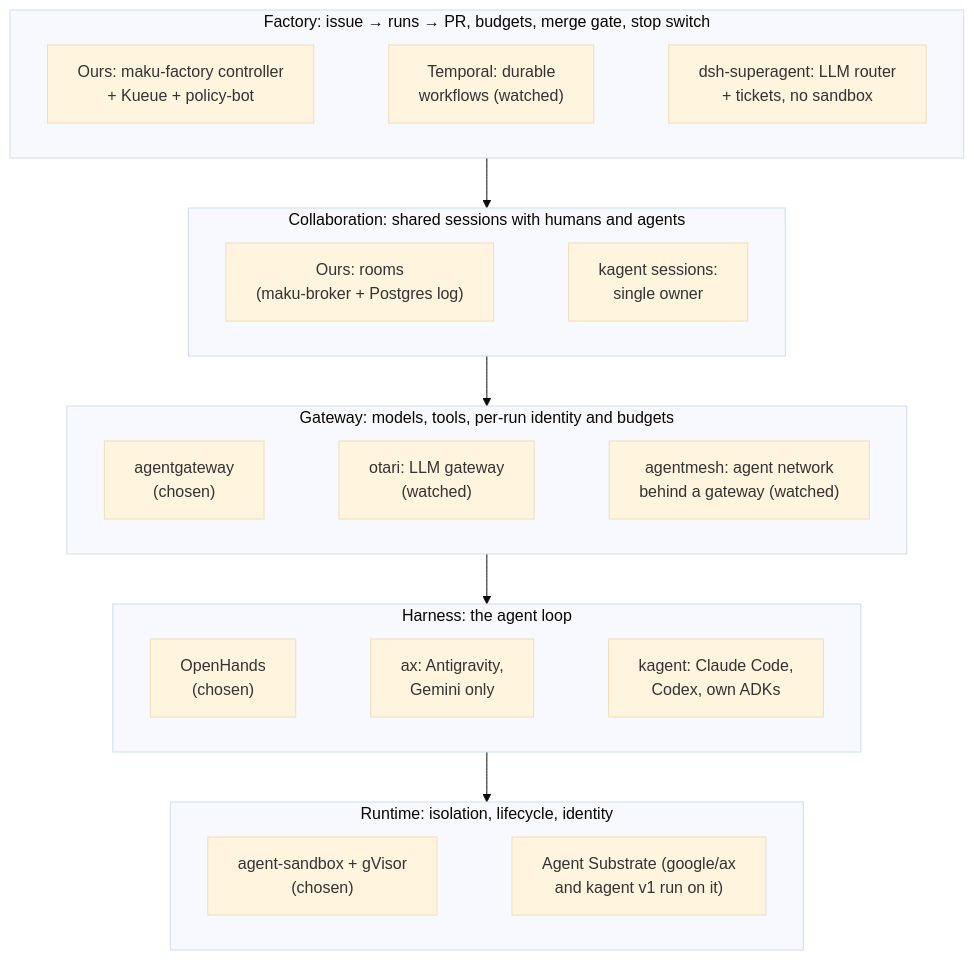
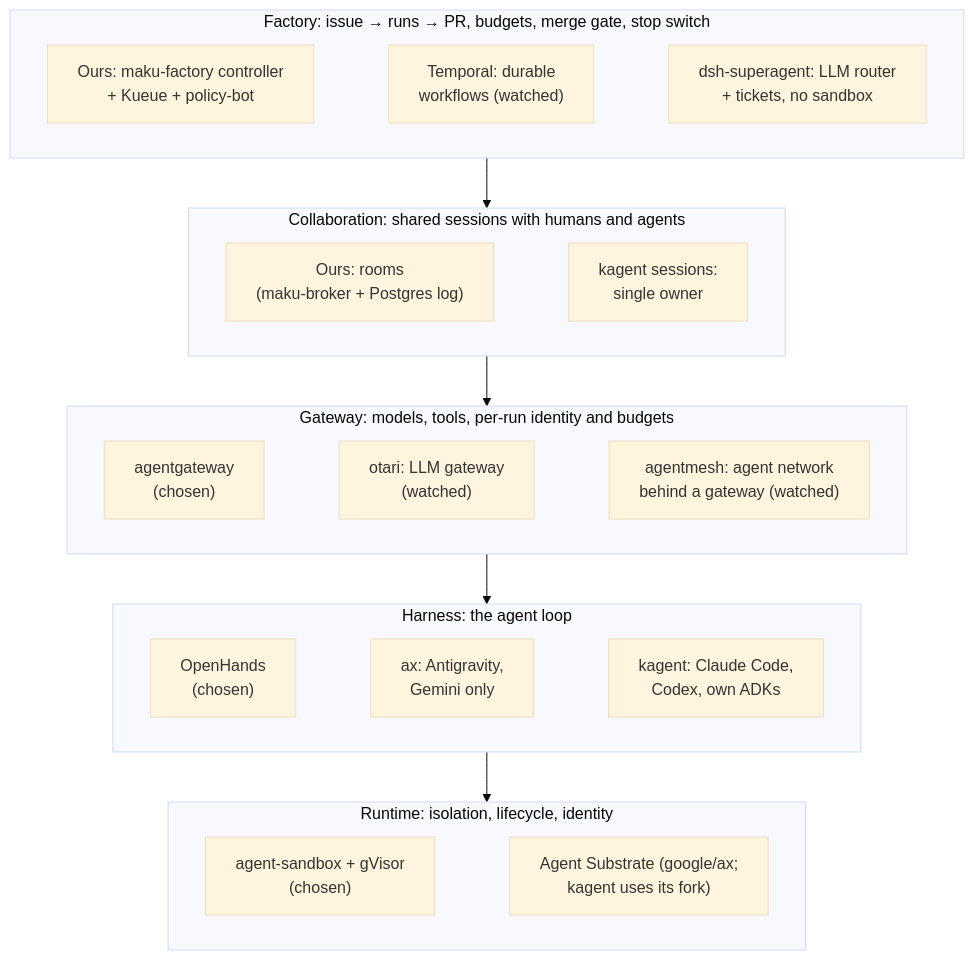
One commit to Smana/ai-native-ref changed the diagram in website/content/docs/how-it-works/alternatives.md. Above: the diagram before and after it, drawn with Mermaid (base theme). The commit also changed other lines of this file and 5 other files, not shown here.

Commit message:
docs(agent-runtime): reaffirm agent-sandbox over kagent (#342)

````diff
--- a/website/content/docs/how-it-works/alternatives.md
+++ b/website/content/docs/how-it-works/alternatives.md
@@ -42,25 +42,25 @@
 ```mermaid
 %%{init: {"flowchart": {"wrappingWidth": 400}}}%%
 flowchart TB
   subgraph L5["Factory: issue → runs → PR, budgets, merge gate, stop switch"]
     direction LR
     F5["Ours: maku-factory controller<br/>+ Kueue + policy-bot"] ~~~ T5["Temporal: durable<br/>workflows (watched)"] ~~~ D5["dsh-superagent: LLM router<br/>+ tickets, no sandbox"]
   end
   subgraph L4["Collaboration: shared sessions with humans and agents"]
     direction LR
     F4["Ours: rooms<br/>(maku-broker + Postgres log)"] ~~~ K4["kagent sessions:<br/>single owner"]
   end
   subgraph L3["Gateway: models, tools, per-run identity and budgets"]
     direction LR
     F3["agentgateway<br/>(chosen)"] ~~~ O3["otari: LLM gateway<br/>(watched)"] ~~~ M3["agentmesh: agent network<br/>behind a gateway (watched)"]
   end
   subgraph L2["Harness: the agent loop"]
     direction LR
     F2["OpenHands<br/>(chosen)"] ~~~ A2["ax: Antigravity,<br/>Gemini only"] ~~~ K2["kagent: Claude Code,<br/>Codex, own ADKs"]
   end
   subgraph L1["Runtime: isolation, lifecycle, identity"]
     direction LR
-    F1["agent-sandbox + gVisor<br/>(chosen)"] ~~~ S1["Agent Substrate (google/ax<br/>and kagent v1 run on it)"]
+    F1["agent-sandbox + gVisor<br/>(chosen)"] ~~~ S1["Agent Substrate (google/ax;<br/>kagent uses its fork)"]
   end
   L5 --> L4 --> L3 --> L2 --> L1
 ```
````
